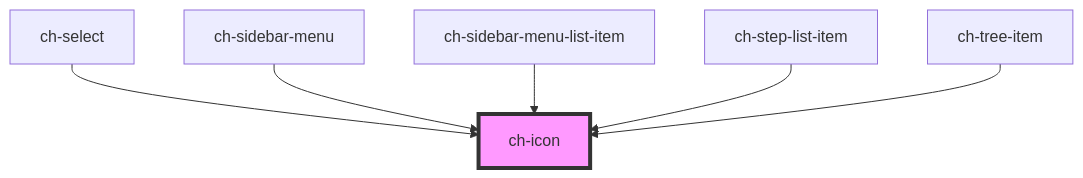
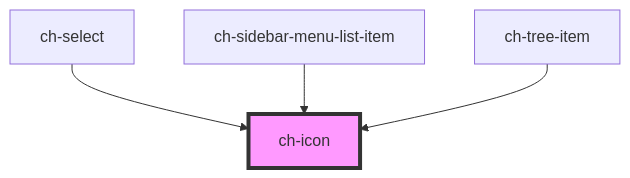
One commit to genexuslabs/chameleon-controls-library changed the diagram in src/components/icon/readme.md. Above: the diagram before and after it, drawn with Mermaid. The commit also changed other lines of this file and 31 other files, not shown here.

````diff
--- a/src/components/icon/readme.md
+++ b/src/components/icon/readme.md
@@ -38,9 +36,7 @@
 ```mermaid
 graph TD;
   ch-select --> ch-icon
-  ch-sidebar-menu --> ch-icon
   ch-sidebar-menu-list-item --> ch-icon
-  ch-step-list-item --> ch-icon
   ch-tree-item --> ch-icon
   style ch-icon fill:#f9f,stroke:#333,stroke-width:4px
 ```
````
